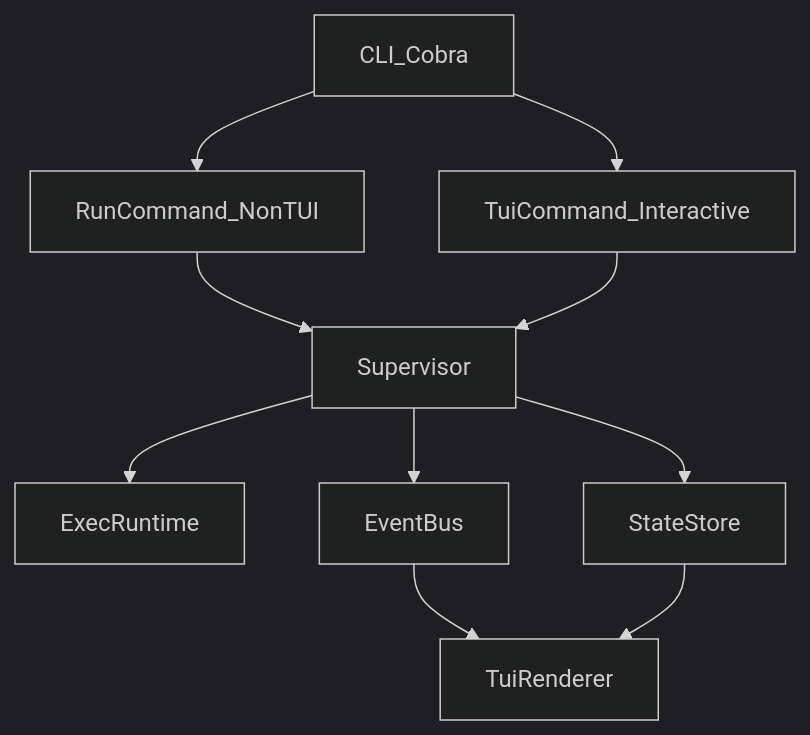
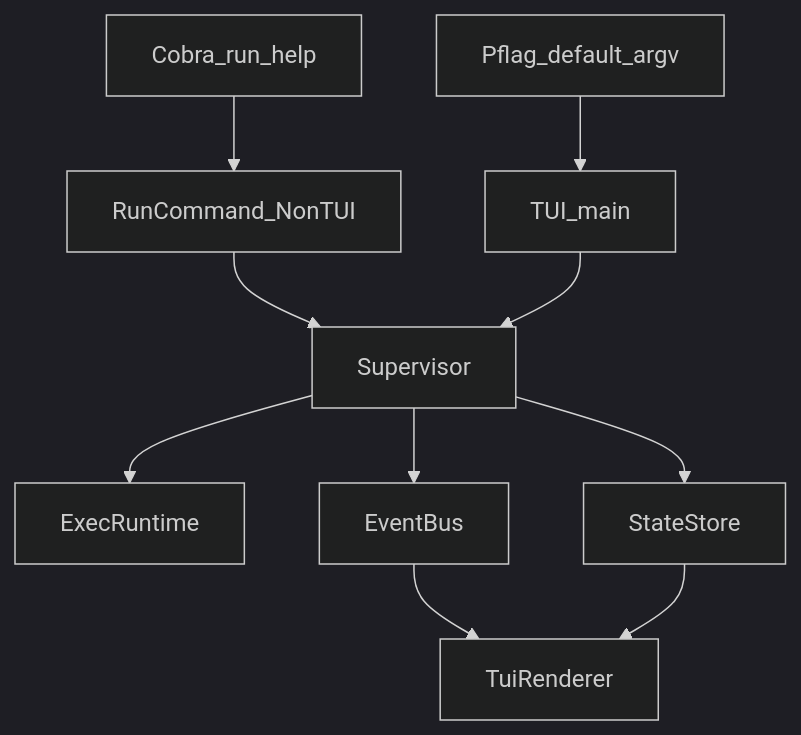
One commit to kluzzebass/imux changed the diagram in docs/architecture.md. Above: the diagram before and after it, drawn with Mermaid (dark theme). The commit also changed other lines of this file and 37 other files, not shown here.

````diff
--- a/docs/architecture.md
+++ b/docs/architecture.md
@@ -18,12 +18,12 @@
 ```mermaid
 flowchart TD
-  cli[CLI_Cobra] --> runMode[RunCommand_NonTUI]
-  cli --> tuiMode[TuiCommand_Interactive]
+  cli[Cobra_run_help] --> runMode[RunCommand_NonTUI]
+  pflag[Pflag_default_argv] --> tuiMode[TUI_main]
   runMode --> supervisor[Supervisor]
   tuiMode --> supervisor
   supervisor --> runtime[ExecRuntime]
   supervisor --> eventBus[EventBus]
   supervisor --> stateStore[StateStore]
   eventBus --> tui[TuiRenderer]
   stateStore --> tui
 ```
````
